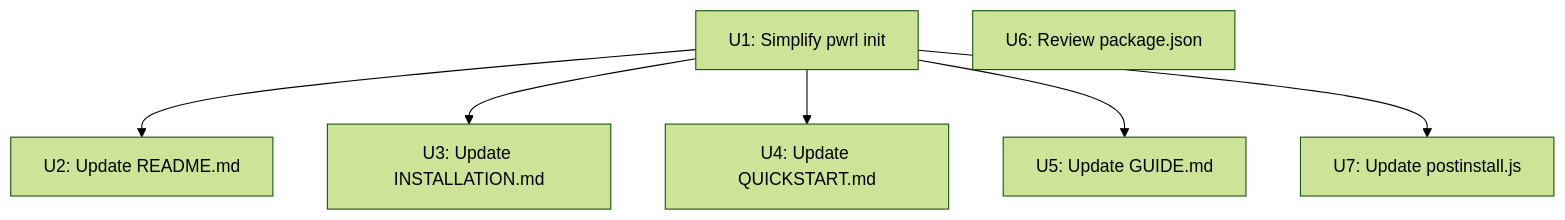
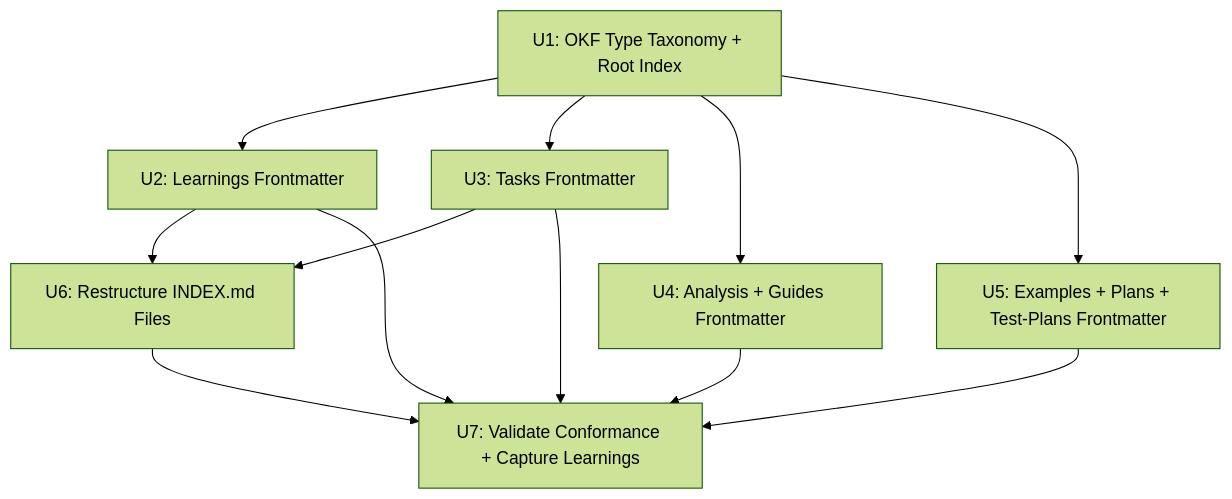
One commit to wicttor/pwrl changed the diagram in docs/tasks/INDEX.md. Above: the diagram before and after it, drawn with Mermaid (forest theme). The commit also changed other lines of this file and 9 other files, not shown here.

First line of the commit message:
docs: add OKF compliance migration plan and tasks

````diff
--- a/docs/tasks/INDEX.md
+++ b/docs/tasks/INDEX.md
@@ -87,16 +85,22 @@
 ```mermaid
 graph TD
-    U1[U1: Simplify pwrl init]
-    U2[U2: Update README.md]
-    U3[U3: Update INSTALLATION.md]
-    U4[U4: Update QUICKSTART.md]
-    U5[U5: Update GUIDE.md]
-    U6[U6: Review package.json]
-    U7[U7: Update postinstall.js]
+    U1[U1: OKF Type Taxonomy + Root Index]
+    U2[U2: Learnings Frontmatter]
+    U3[U3: Tasks Frontmatter]
+    U4[U4: Analysis + Guides Frontmatter]
+    U5[U5: Examples + Plans + Test-Plans Frontmatter]
+    U6[U6: Restructure INDEX.md Files]
+    U7[U7: Validate Conformance + Capture Learnings]
 
     U1 --> U2
     U1 --> U3
     U1 --> U4
     U1 --> U5
-    U1 --> U7
+    U2 --> U6
+    U3 --> U6
+    U2 --> U7
+    U3 --> U7
+    U4 --> U7
+    U5 --> U7
+    U6 --> U7
 ```
````
